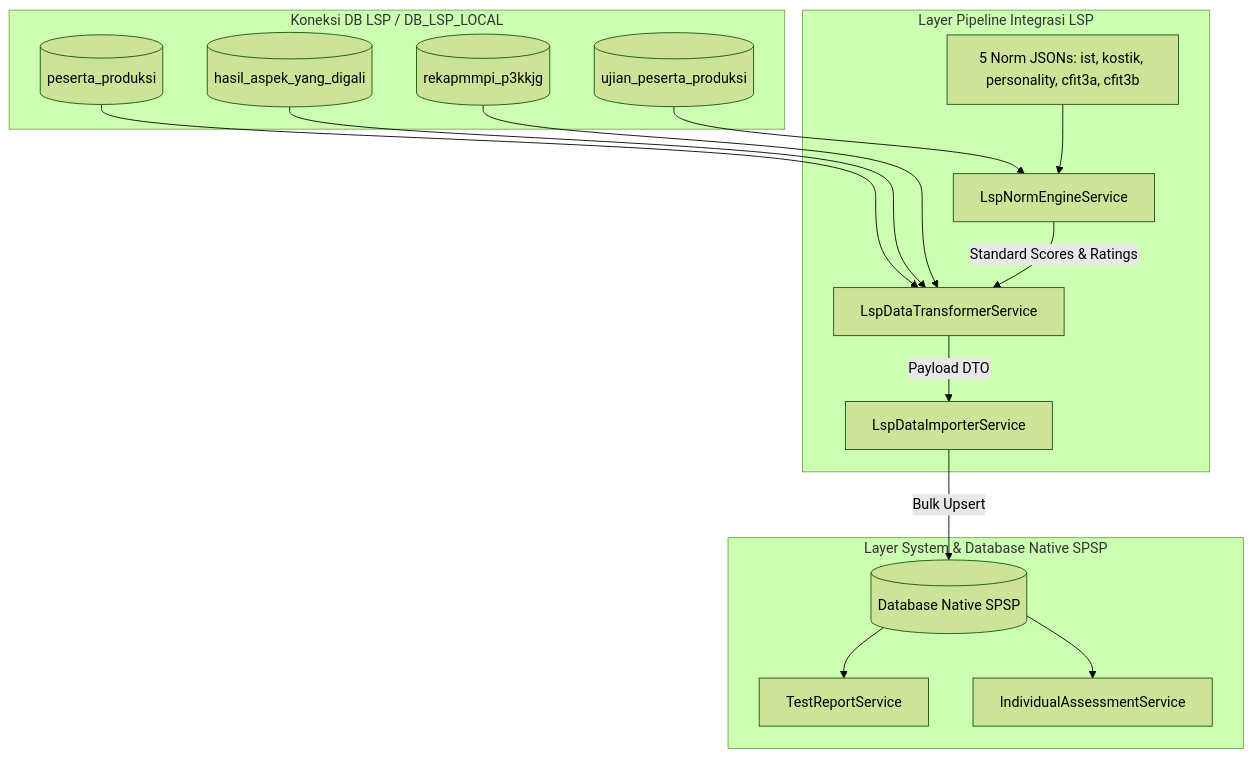
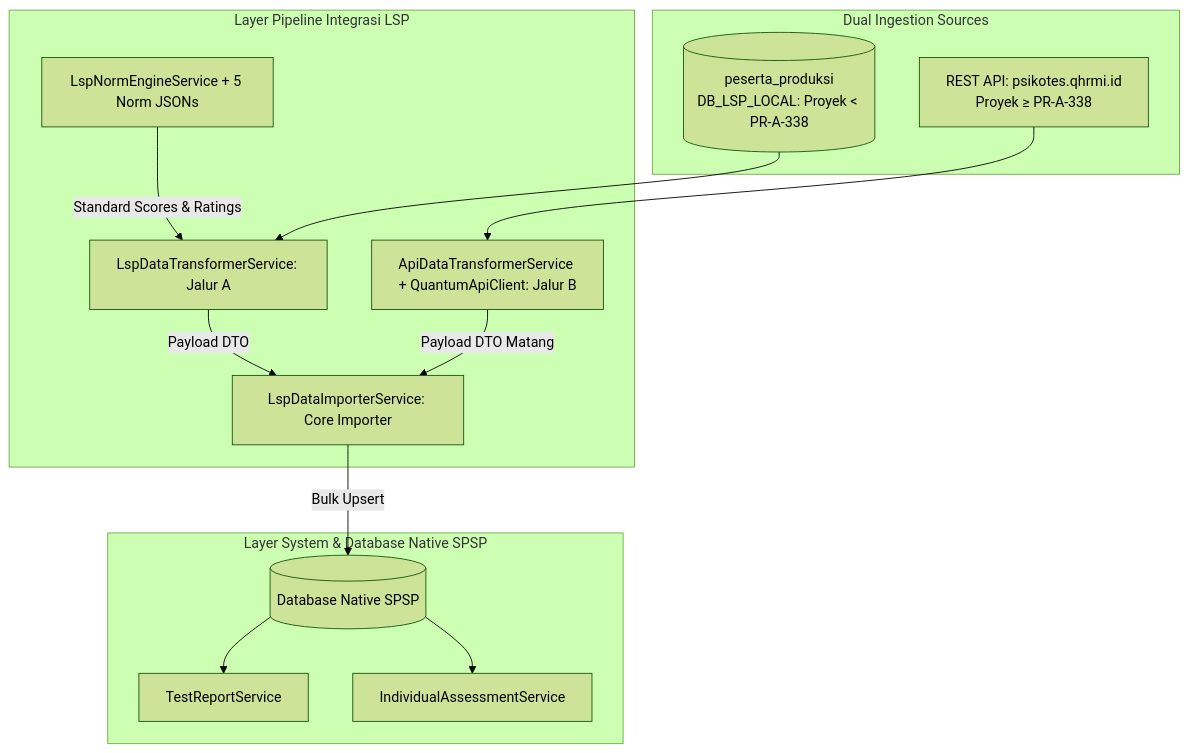
The diagram in docs/lsp_integration/README.md (RnDQuantum/spsp_new), drawn with Mermaid (forest theme) before and after one commit. The commit also changed other lines of this file and 5 other files, not shown here.

First line of the commit message:
feat(cli): add project:import Artisan command for LSP data ingestion

````diff
--- a/docs/lsp_integration/README.md
+++ b/docs/lsp_integration/README.md
@@ -33,32 +33,30 @@
 ```mermaid
 flowchart TD
-    subgraph LSP_SOURCE [Koneksi DB LSP / DB_LSP_LOCAL]
-        DB1[(peserta_produksi)]
-        DB2[(ujian_peserta_produksi)]
-        DB3[(hasil_aspek_yang_digali)]
-        DB4[(rekapmmpi_p3kkjg)]
+    subgraph INGESTION_SOURCES [Dual Ingestion Sources]
+        DB1[(peserta_produksi\nDB_LSP_LOCAL: Proyek < PR-A-338)]
+        API1[REST API: psikotes.qhrmi.id\nProyek ≥ PR-A-338]
     end
 
     subgraph LSP_SERVICES [Layer Pipeline Integrasi LSP]
-        S1[LspNormEngineService]
-        S2[LspDataTransformerService]
-        S3[LspDataImporterService]
-        S4[5 Norm JSONs: ist, kostik, personality, cfit3a, cfit3b]
+        S1[LspNormEngineService + 5 Norm JSONs]
+        S2[LspDataTransformerService: Jalur A]
+        S3[ApiDataTransformerService + QuantumApiClient: Jalur B]
+        S4[LspDataImporterService: Core Importer]
     end
 
     subgraph SPSP_NATIVE [Layer System & Database Native SPSP]
         DB_SPSP[(Database Native SPSP)]
         S5[TestReportService]
         S6[IndividualAssessmentService]
     end
 
-    DB2 --> S1
-    S4 --> S1
-    DB1 & DB3 & DB4 --> S2
+    DB1 --> S2
     S1 -->|Standard Scores & Ratings| S2
-    S2 -->|Payload DTO| S3
-    S3 -->|Bulk Upsert| DB_SPSP
+    API1 --> S3
+    S2 -->|Payload DTO| S4
+    S3 -->|Payload DTO Matang| S4
+    S4 -->|Bulk Upsert| DB_SPSP
 
     DB_SPSP --> S5
     DB_SPSP --> S6
 ```
````
